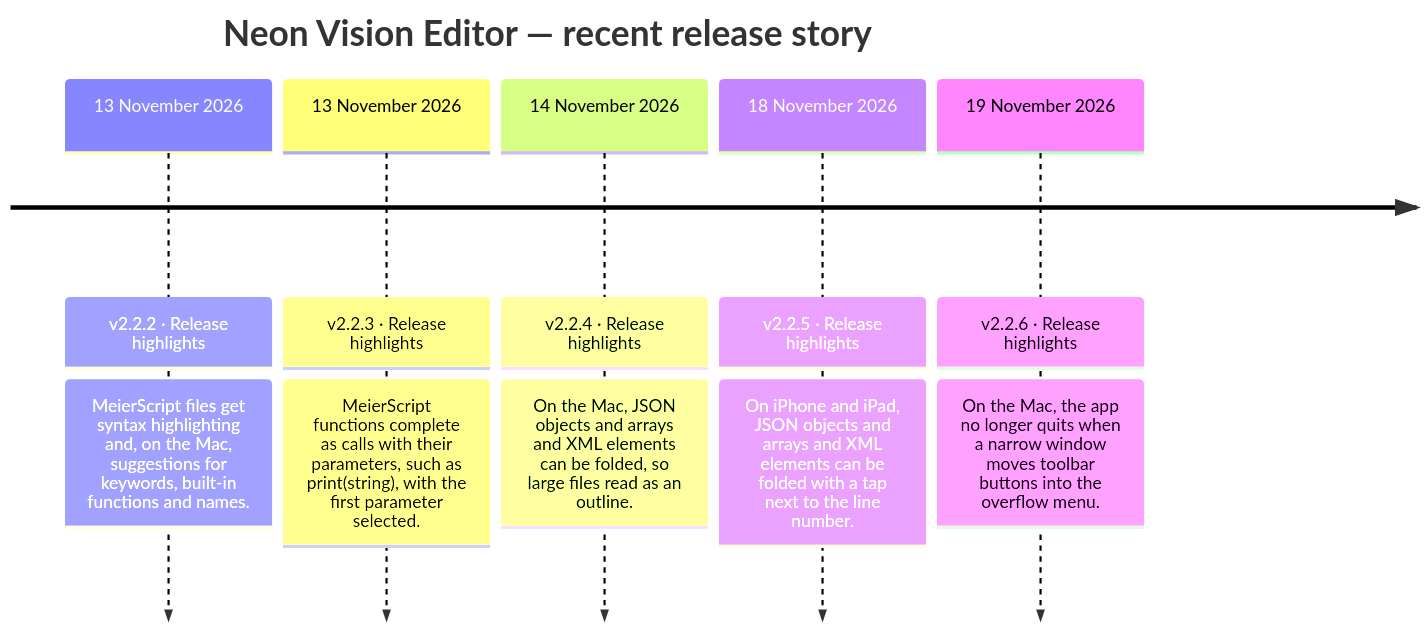
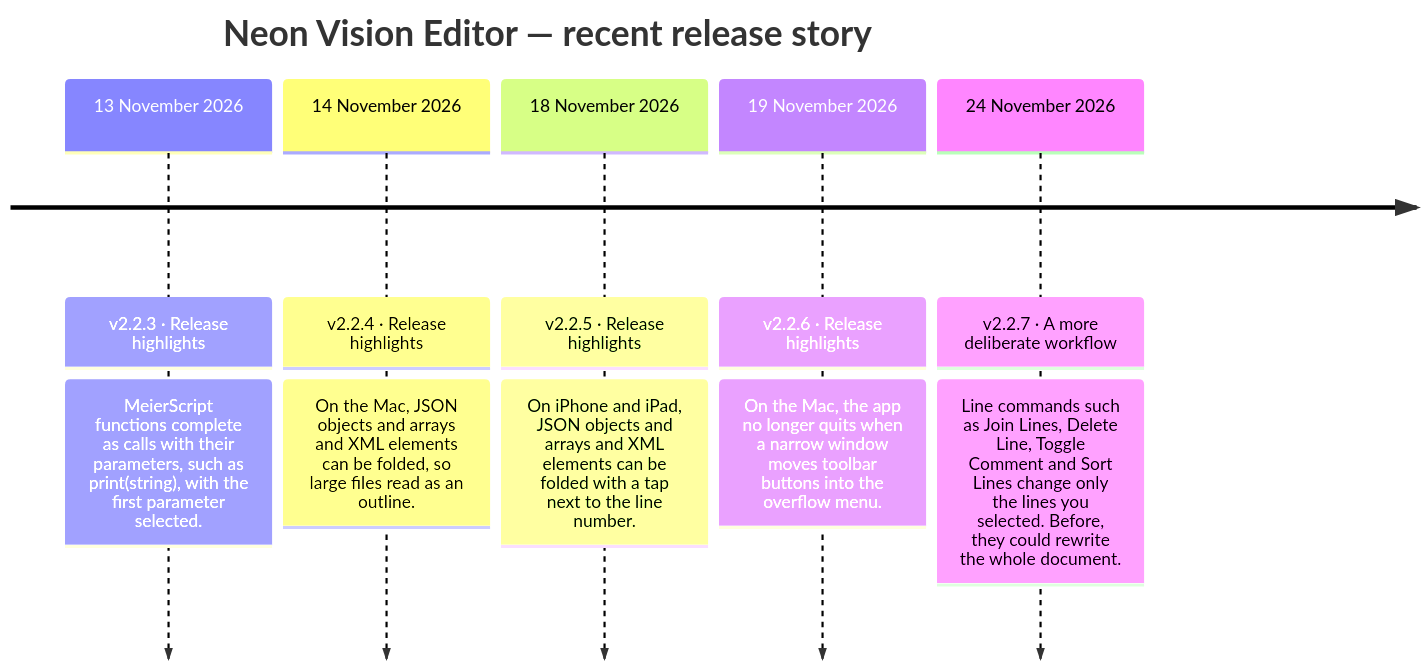
One commit to h3pdesign/Neon-Vision-Editor changed the diagram in README.md. Above: the diagram before and after it, drawn with Mermaid. The commit also changed other lines of this file and 9 other files, not shown here.

````diff
--- a/README.md
+++ b/README.md
@@ -761,14 +758,14 @@
 ```mermaid
 timeline
     title Neon Vision Editor — recent release story
-    13 November 2026 : v2.2.2 · Release highlights
-                : MeierScript files get syntax highlighting and, on the Mac, suggestions for keywords, built-in functions and names.
     13 November 2026 : v2.2.3 · Release highlights
                 : MeierScript functions complete as calls with their parameters, such as print(string), with the first parameter selected.
     14 November 2026 : v2.2.4 · Release highlights
                 : On the Mac, JSON objects and arrays and XML elements can be folded, so large files read as an outline.
     18 November 2026 : v2.2.5 · Release highlights
                 : On iPhone and iPad, JSON objects and arrays and XML elements can be folded with a tap next to the line number.
     19 November 2026 : v2.2.6 · Release highlights
                 : On the Mac, the app no longer quits when a narrow window moves toolbar buttons into the overflow menu.
+    24 November 2026 : v2.2.7 · A more deliberate workflow
+                : Line commands such as Join Lines, Delete Line, Toggle Comment and Sort Lines change only the lines you selected. Before, they could rewrite the whole document.
 ```
````
